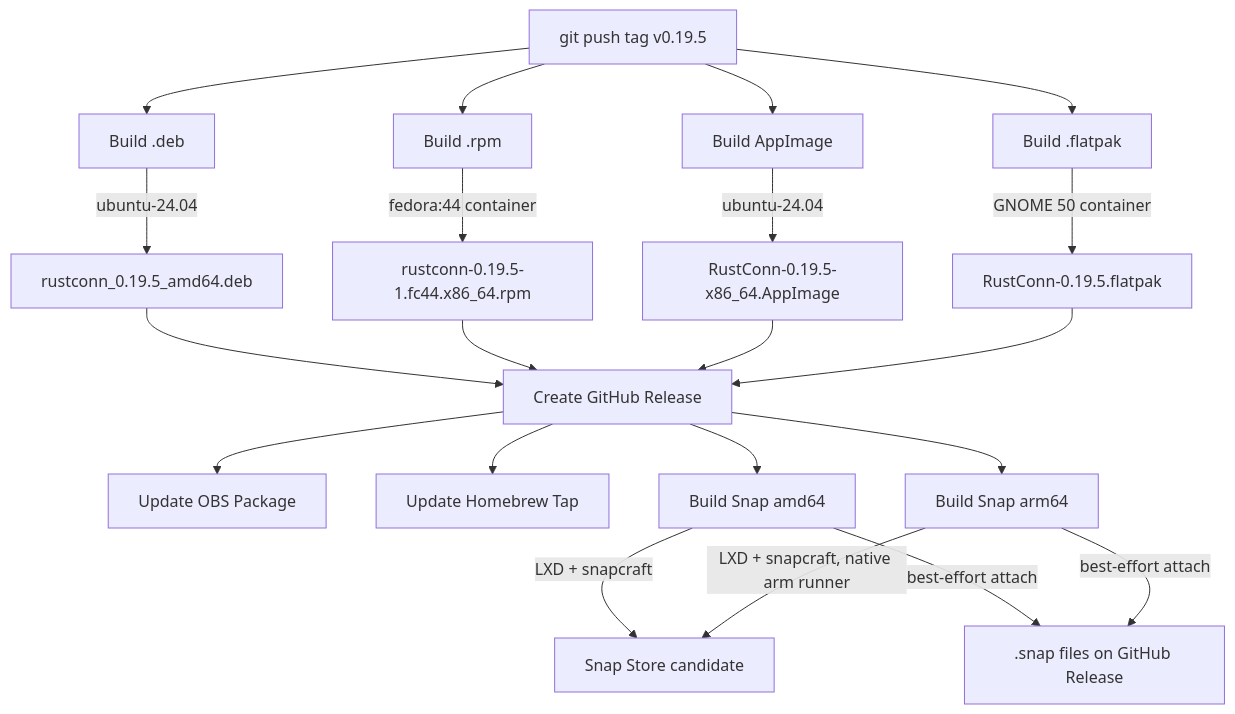
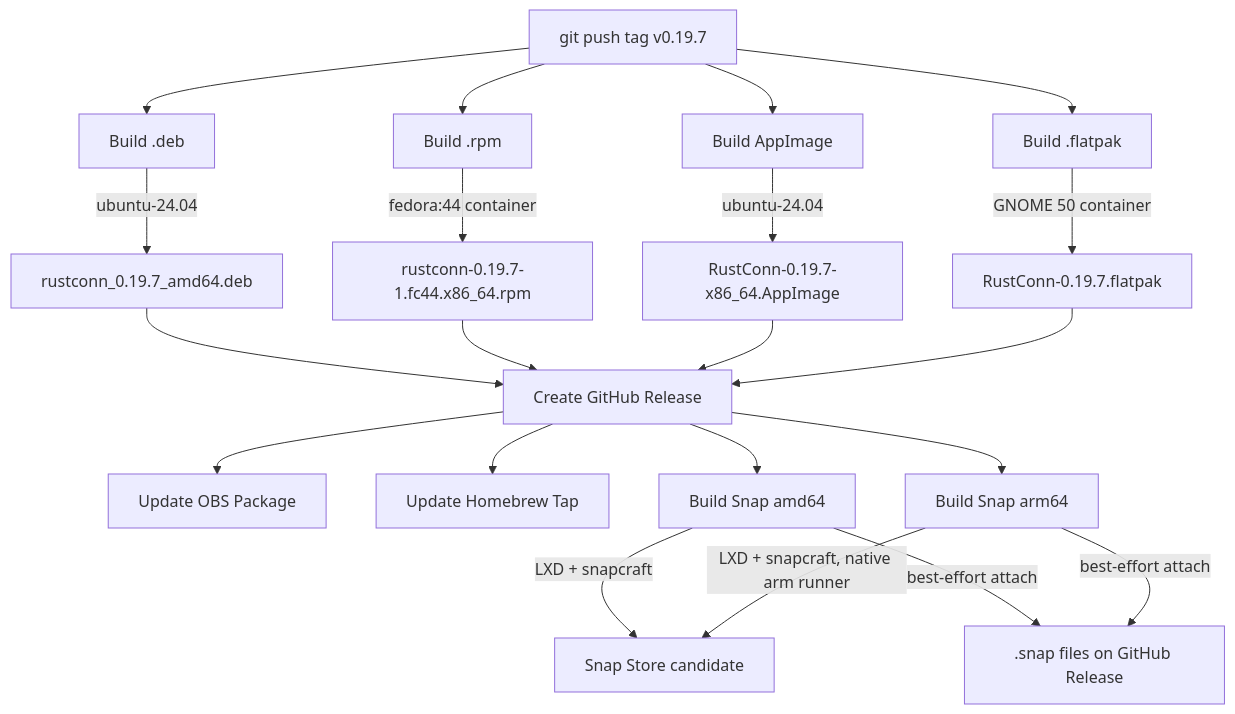
One commit to philclifford/RustConn changed the third of 6 diagrams in docs/CI_BUILD_FLOW.md. Above: the diagram before and after it, drawn with Mermaid. The commit also changed other lines of this file and 47 other files, not shown here.

````diff
--- a/docs/CI_BUILD_FLOW.md
+++ b/docs/CI_BUILD_FLOW.md
@@ -67,26 +67,26 @@
 ```mermaid
 graph TD
-    Tag[git push tag v0.19.5] --> BuildDeb[Build .deb]
+    Tag[git push tag v0.19.7] --> BuildDeb[Build .deb]
     Tag --> BuildRPM[Build .rpm]
     Tag --> BuildAppImage[Build AppImage]
     Tag --> BuildFlatpak[Build .flatpak]
 
-    BuildDeb --> |ubuntu-24.04| DebArtifact[rustconn_0.19.5_amd64.deb]
-    BuildRPM --> |fedora:44 container| RPMArtifact[rustconn-0.19.5-1.fc44.x86_64.rpm]
-    BuildAppImage --> |ubuntu-24.04| AppImageArtifact[RustConn-0.19.5-x86_64.AppImage]
-    BuildFlatpak --> |GNOME 50 container| FlatpakArtifact[RustConn-0.19.5.flatpak]
+    BuildDeb --> |ubuntu-24.04| DebArtifact[rustconn_0.19.7_amd64.deb]
+    BuildRPM --> |fedora:44 container| RPMArtifact[rustconn-0.19.7-1.fc44.x86_64.rpm]
+    BuildAppImage --> |ubuntu-24.04| AppImageArtifact[RustConn-0.19.7-x86_64.AppImage]
+    BuildFlatpak --> |GNOME 50 container| FlatpakArtifact[RustConn-0.19.7.flatpak]
 
     DebArtifact --> Release[Create GitHub Release]
     RPMArtifact --> Release
     AppImageArtifact --> Release
     FlatpakArtifact --> Release
 
     Release --> UpdateOBS[Update OBS Package]
     Release --> Brew[Update Homebrew Tap]
     Release --> SnapAmd64[Build Snap amd64]
     Release --> SnapArm64[Build Snap arm64]
     SnapAmd64 --> |LXD + snapcraft| SnapStore[Snap Store candidate]
     SnapArm64 --> |LXD + snapcraft, native arm runner| SnapStore
     SnapAmd64 --> |best-effort attach| SnapAsset[.snap files on GitHub Release]
     SnapArm64 --> |best-effort attach| SnapAsset
 ```
````
